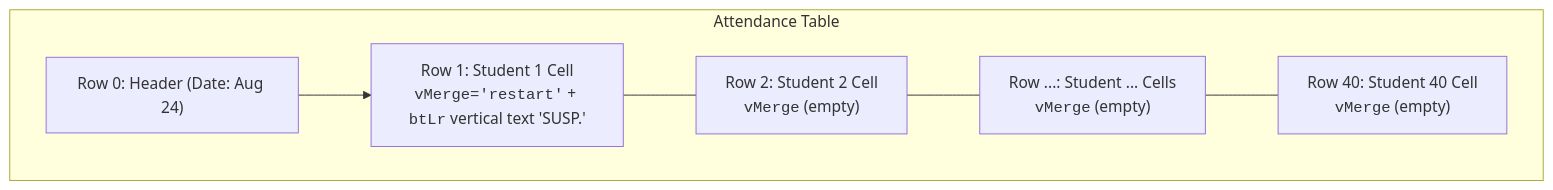
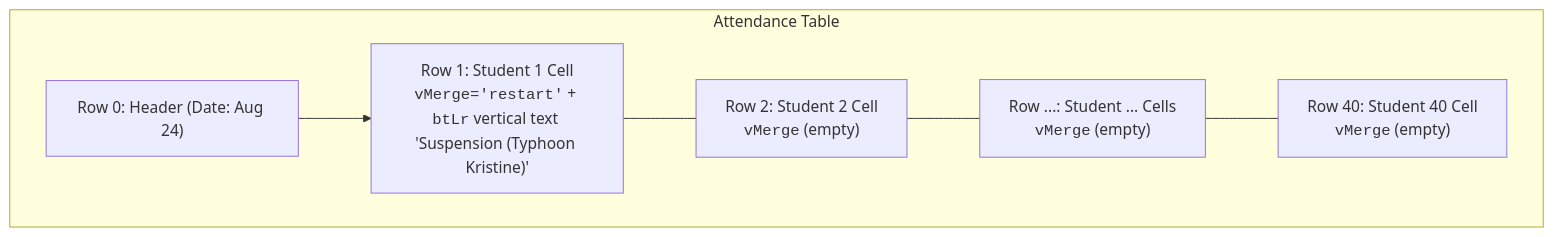
The third of 3 diagrams in 02 - Generators/Attendance Generator.md (DrinkBoooz/cvsu-generator_documentation), drawn with Mermaid before and after one commit. The commit also changed other lines of this file, not shown here.

Commit message:
65: document descriptive suspension and holiday text format for attendance table stamping

````diff
--- a/02 - Generators/Attendance Generator.md
+++ b/02 - Generators/Attendance Generator.md
@@ -368,15 +368,15 @@
 ```mermaid
 flowchart TD
     subgraph Attendance Table
     R0["Row 0: Header (Date: Aug 24)"]
-    R1["Row 1: Student 1 Cell<br/><code>vMerge='restart'</code> + <code>btLr</code> vertical text 'SUSP.'"]
+    R1["Row 1: Student 1 Cell<br/><code>vMerge='restart'</code> + <code>btLr</code> vertical text 'Suspension (Typhoon Kristine)'"]
     R2["Row 2: Student 2 Cell<br/><code>vMerge</code> (empty)"]
     R3["Row ...: Student ... Cells<br/><code>vMerge</code> (empty)"]
     R40["Row 40: Student 40 Cell<br/><code>vMerge</code> (empty)"]
     end
 
     R0 --> R1
     R1 --- R2
     R2 --- R3
     R3 --- R40
 ```
````
